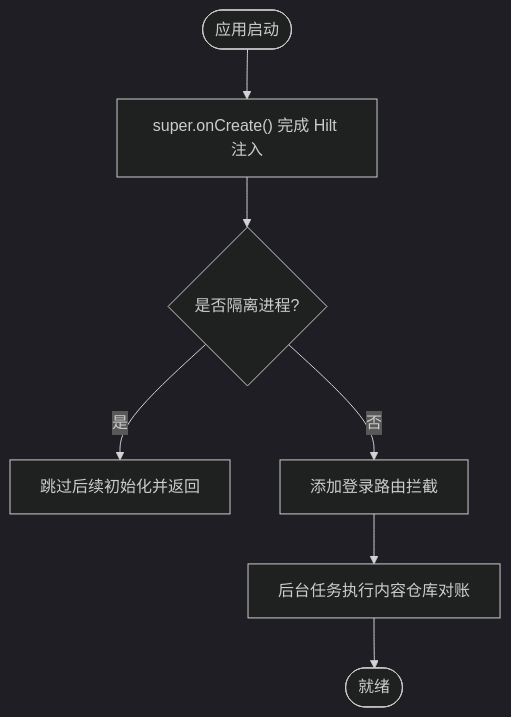
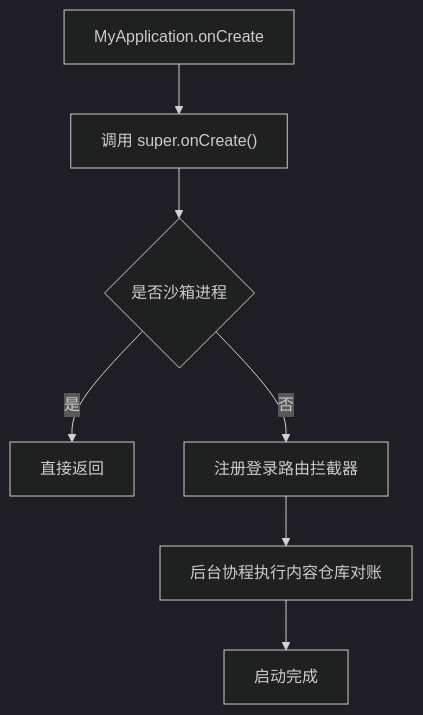
The second of 12 diagrams in .qoder/repowiki/zh/content/核心模块/核心模块.md (xrn1997/android-ebook), drawn with Mermaid (dark theme) before and after one commit. The commit also changed other lines of this file and 456 other files, not shown here.

````diff
--- a/.qoder/repowiki/zh/content/核心模块/核心模块.md
+++ b/.qoder/repowiki/zh/content/核心模块/核心模块.md
@@ -111,9 +104,9 @@
 ```mermaid
 flowchart TD
-    Start(["应用启动"]) --> Init["super.onCreate() 完成 Hilt 注入"]
-    Init --> CheckProc{"是否隔离进程?"}
-    CheckProc -->|是| Skip["跳过后续初始化并返回"]
-    CheckProc -->|否| AddInterceptor["添加登录路由拦截"]
-    AddInterceptor --> Reconcile["后台任务执行内容仓库对账"]
-    Reconcile --> End(["就绪"])
+    Start["MyApplication.onCreate"] --> Super["调用 super.onCreate()"]
+    Super --> Isolated{"是否沙箱进程"}
+    Isolated -->|是| Return["直接返回"]
+    Isolated -->|否| Router["注册登录路由拦截器"]
+    Router --> Background["后台协程执行内容仓库对账"]
+    Background --> Done["启动完成"]
 ```
````
